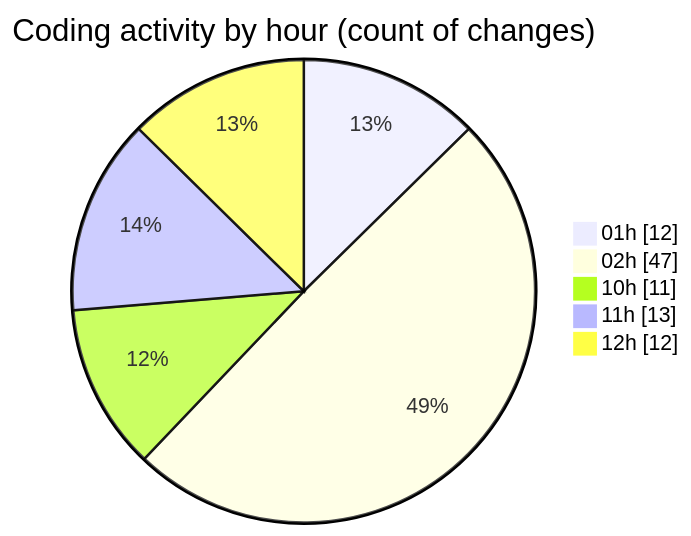
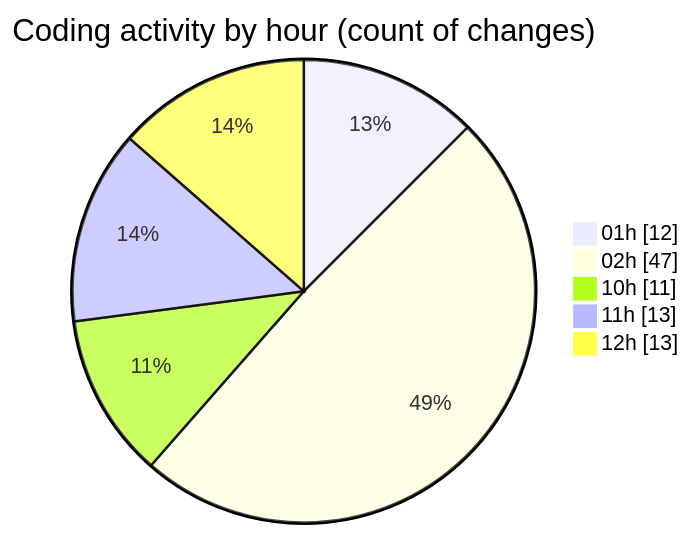
Before and after one commit to julien-gomy/code-tracking: the second of 2 diagrams in 2025-10-24/eventscop-frontend-guide__workspace_/README.md, drawn with Mermaid. The commit also changed other lines of this file and 1 other file, not shown here.

````diff
--- a/2025-10-24/eventscop-frontend-guide__workspace_/README.md
+++ b/2025-10-24/eventscop-frontend-guide__workspace_/README.md
@@ -56,9 +58,9 @@
 ```mermaid
 pie showData
 title Coding activity by hour (count of changes)
 "01h" : 12
 "02h" : 47
 "10h" : 11
 "11h" : 13
-"12h" : 12
+"12h" : 13
 ```
````
